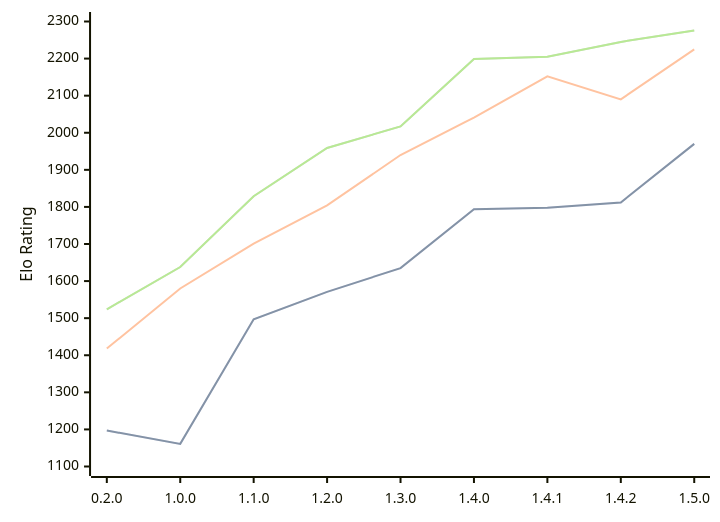
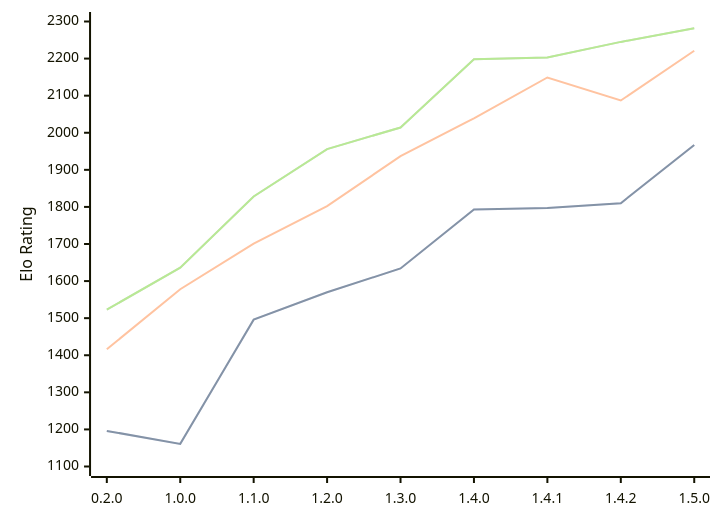
Before and after one commit to computer-chess-index/cci: the diagram in engines/Zeppelin.md, drawn with Mermaid. The commit also changed other lines of this file, not shown here.

Commit message:
Update CCI Ratings (ELO VLTC) - 2026-04-01

````diff
--- a/engines/Zeppelin.md
+++ b/engines/Zeppelin.md
@@ -41,11 +41,11 @@
 ```mermaid
 %%{init: {"theme":"base","themeVariables":{"seriesColors:['#a3a3a3','#222221','#faa371']}}}%%
 xychart-beta
   x-axis ["0.2.0", "1.0.0", "1.1.0", "1.2.0", "1.3.0", "1.4.0", "1.4.1", "1.4.2", "1.5.0"]
   y-axis "Elo Rating" 1100 --> 2300
-  line "STC (8.0+0.08s)" [1197, 1161, 1497, 1571, 1635, 1794, 1798, 1812, 1970]
-  line "STC (8.0+0.08s)" [1197, 1161, 1497, 1571, 1635, 1794, 1798, 1812, 1970]
-  line "LTC (60.0+0.60s)" [1418, 1580, 1701, 1804, 1940, 2041, 2152, 2090, 2225]
-  line "VLTC (2m24s+1.12s)" [1524, 1638, 1829, 1959, 2017, 2199, 2205, 2245, 2276]
-  line "VLTC (2m24s+1.12s)" [1524, 1638, 1829, 1959, 2017, 2199, 2205, 2245, 2276]
+  line "STC (8.0+0.08s)" [1196, 1161, 1496, 1570, 1634, 1793, 1797, 1810, 1967]
+  line "STC (8.0+0.08s)" [1196, 1161, 1496, 1570, 1634, 1793, 1797, 1810, 1967]
+  line "LTC (60.0+0.60s)" [1416, 1578, 1701, 1802, 1937, 2039, 2149, 2087, 2221]
+  line "VLTC (2m24s+1.12s)" [1523, 1636, 1828, 1956, 2014, 2198, 2203, 2245, 2282]
+  line "VLTC (2m24s+1.12s)" [1523, 1636, 1828, 1956, 2014, 2198, 2203, 2245, 2282]
 ```
````
